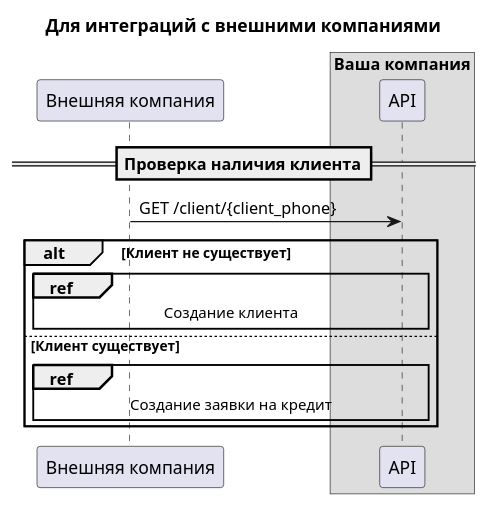
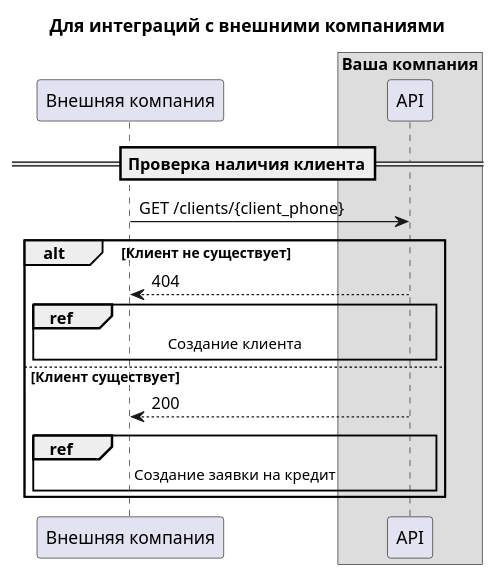
Before and after one commit to ramdirt/plantuml-course: the diagram in lessons/6 lesson/10.puml, drawn with PlantUML.

```diff
--- a/lessons/6 lesson/10.puml
+++ b/lessons/6 lesson/10.puml
@@ -1,25 +1,26 @@
 @startuml Широкая диаграмма
 
 title Для интеграций с внешними компаниями
 
 '__ АКТОРЫ __
 participant External_Сompany as "Внешняя компания"
 
 box "Ваша компания"
     participant API as "API"
 end box
 
 '__ ВЗАИМОДЕЙСТВИЕ __
 == Проверка наличия клиента==
-External_Сompany -> API : GET /client/{client_phone}
+External_Сompany -> API : GET /clients/{client_phone}
 alt Клиент не существует
-    ||7||
+    API --> External_Сompany : 404
     ref over External_Сompany, API : Создание клиента
 else Клиент существует
+    API --> External_Сompany : 200
     ||7||
     ref over External_Сompany, API : Создание заявки на кредит
 end
 
 
 
 @enduml
```
